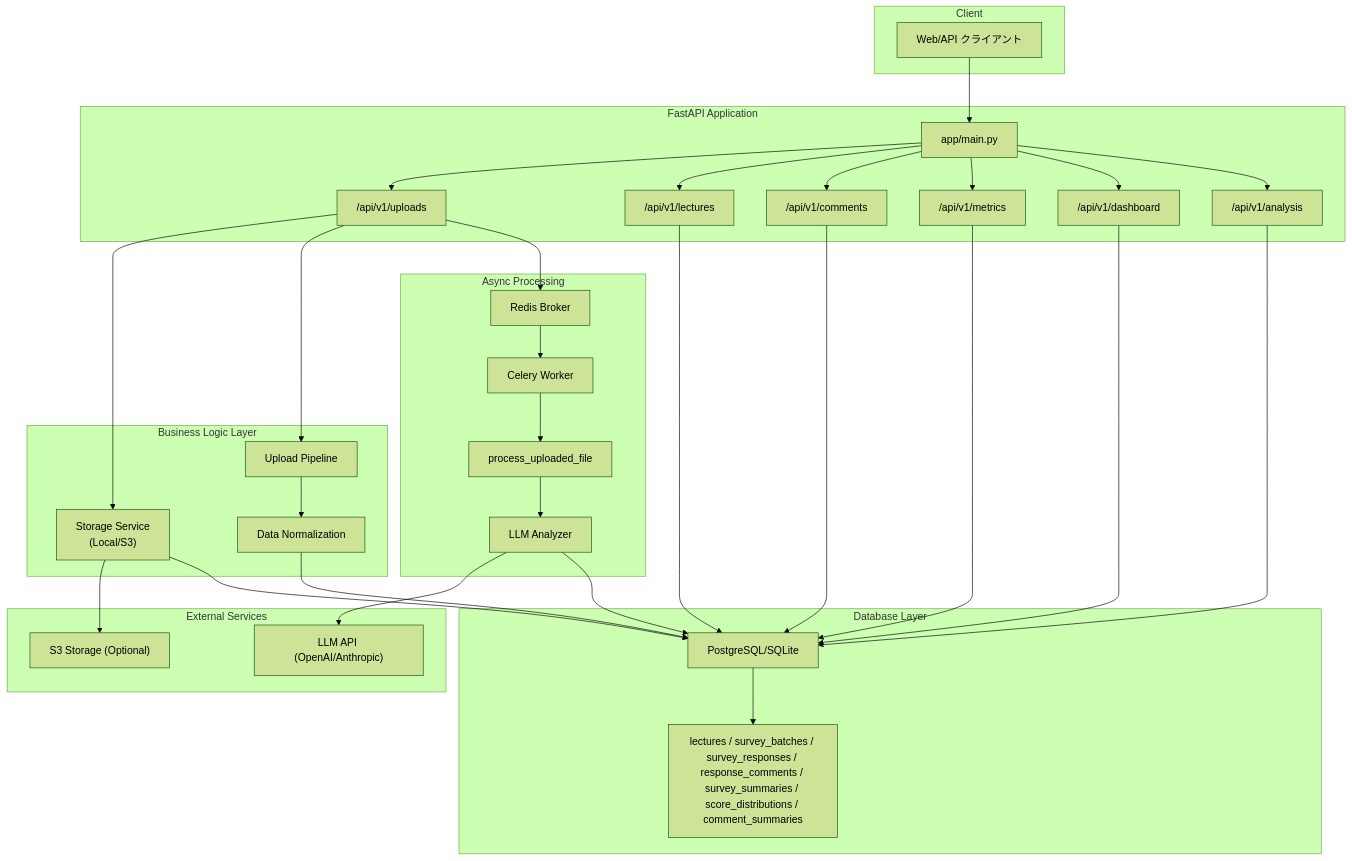
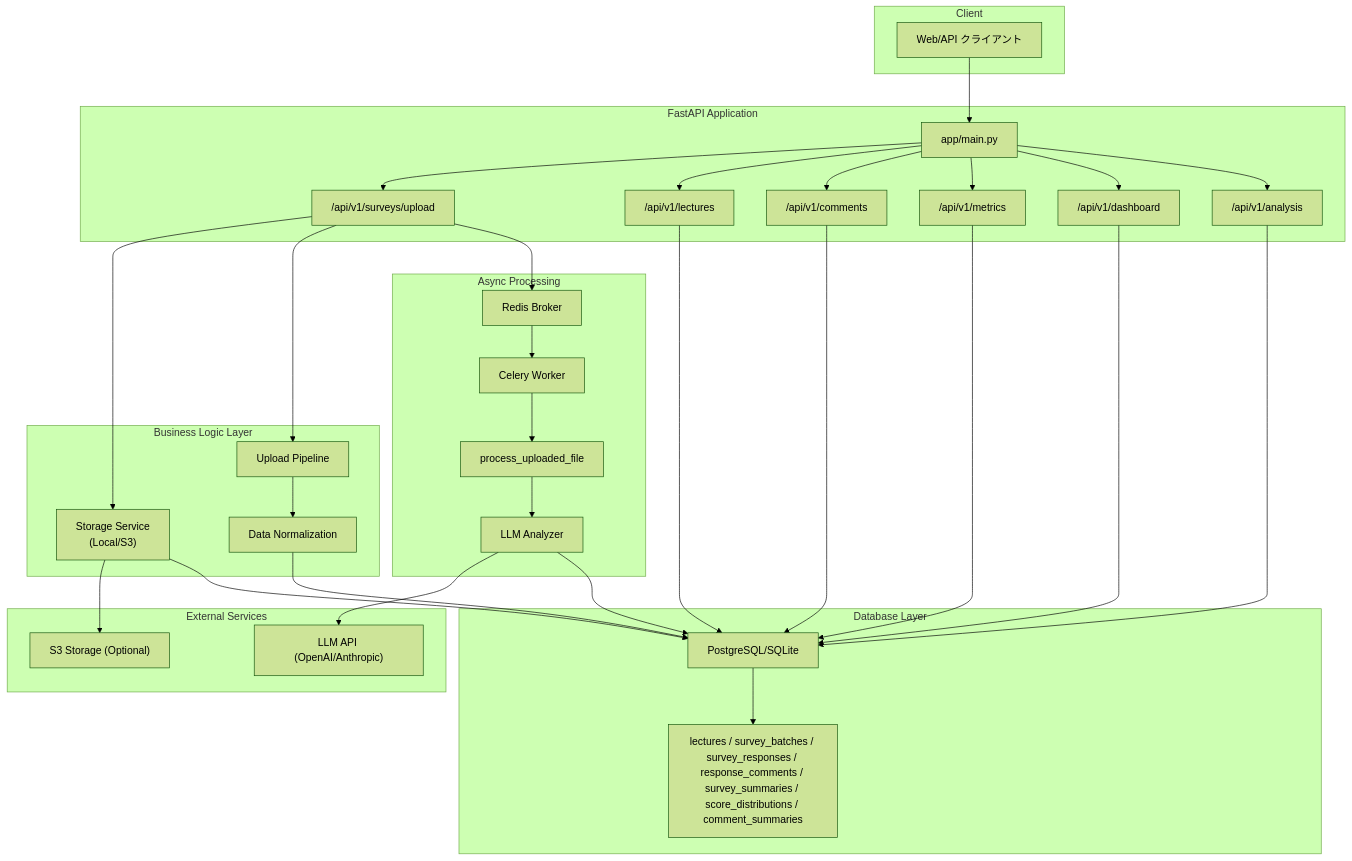
The diagram in docs/dataflow.md (yt1970/AIE-DXproject_1_back), drawn with Mermaid (forest theme) before and after one commit. The commit also changed other lines of this file and 23 other files, not shown here.

````diff
--- a/docs/dataflow.md
+++ b/docs/dataflow.md
@@ -7,70 +7,70 @@
 ```mermaid
 graph TB
     subgraph Client
         Web["Web/API クライアント"]
     end
 
     subgraph API["FastAPI Application"]
         FastAPI["app/main.py"]
-        Upload["/api/v1/uploads"]
+        Upload["/api/v1/surveys/upload"]
         Lectures["/api/v1/lectures"]
         Comments["/api/v1/comments"]
         Metrics["/api/v1/metrics"]
         Dashboard["/api/v1/dashboard"]
         Analysis["/api/v1/analysis"]
     end
 
     subgraph Services["Business Logic Layer"]
         Storage["Storage Service<br/>(Local/S3)"]
         Pipeline["Upload Pipeline"]
         Normalization["Data Normalization"]
     end
 
     subgraph Workers["Async Processing"]
         Celery["Celery Worker"]
         Redis["Redis Broker"]
         Task["process_uploaded_file"]
         LLM["LLM Analyzer"]
     end
 
     subgraph Database["Database Layer"]
         DB["PostgreSQL/SQLite"]
         Tables["lectures / survey_batches / survey_responses / response_comments / survey_summaries / score_distributions / comment_summaries"]
     end
 
     subgraph External["External Services"]
         S3["S3 Storage (Optional)"]
         LLMAPI["LLM API (OpenAI/Anthropic)"]
     end
 
     Web --> FastAPI
     FastAPI --> Upload
     FastAPI --> Lectures
     FastAPI --> Comments
     FastAPI --> Metrics
     FastAPI --> Dashboard
     FastAPI --> Analysis
 
     Upload --> Storage
     Upload --> Pipeline
     Upload --> Redis
     
     Pipeline --> Normalization
     Normalization --> DB
     Storage --> S3
     Storage --> DB
 
     Redis --> Celery
     Celery --> Task
     Task --> LLM
     LLM --> LLMAPI
     LLM --> DB
 
     Lectures --> DB
     Comments --> DB
     Metrics --> DB
     Dashboard --> DB
     Analysis --> DB
     
     DB --> Tables
 ```
````
